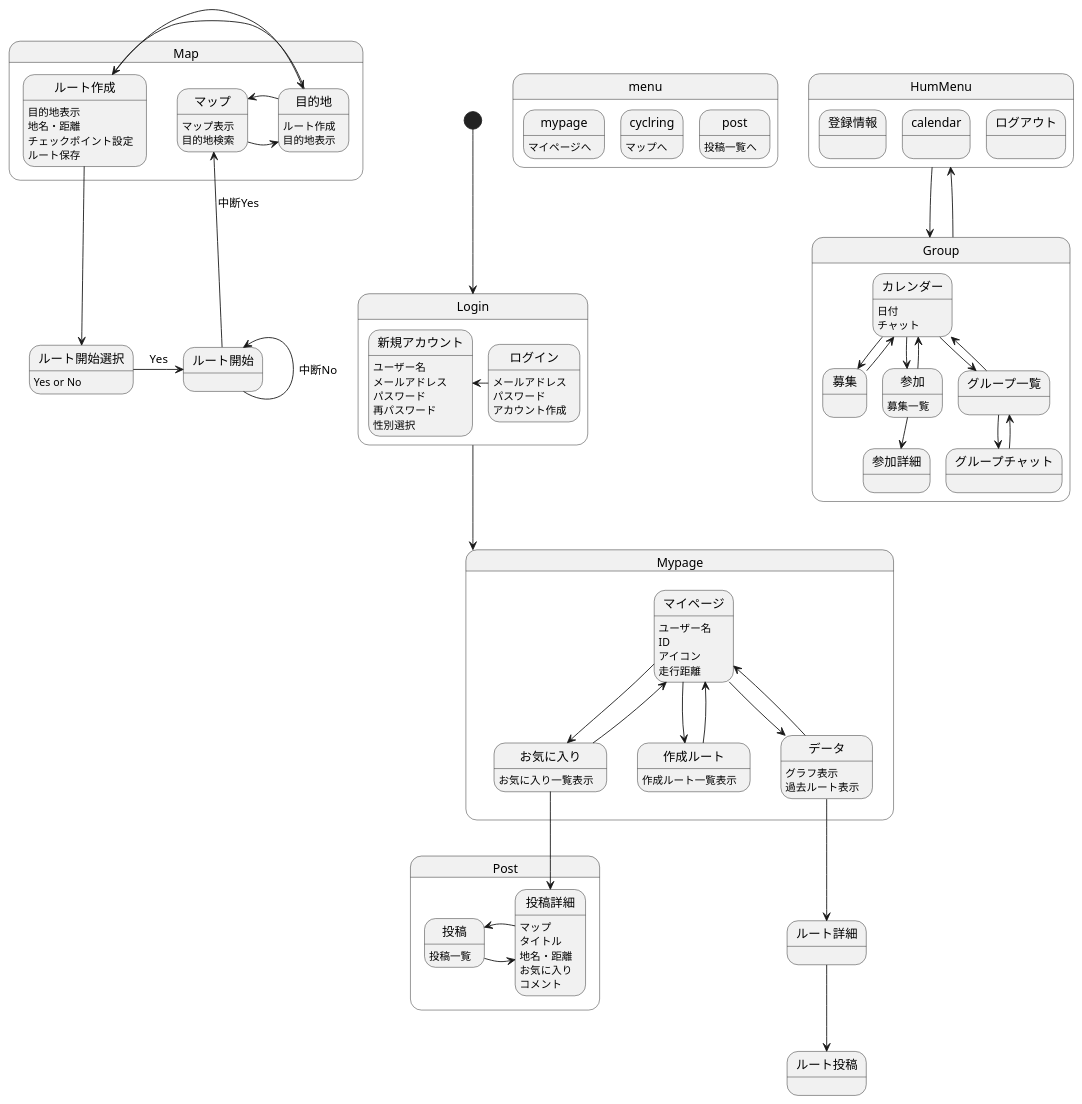
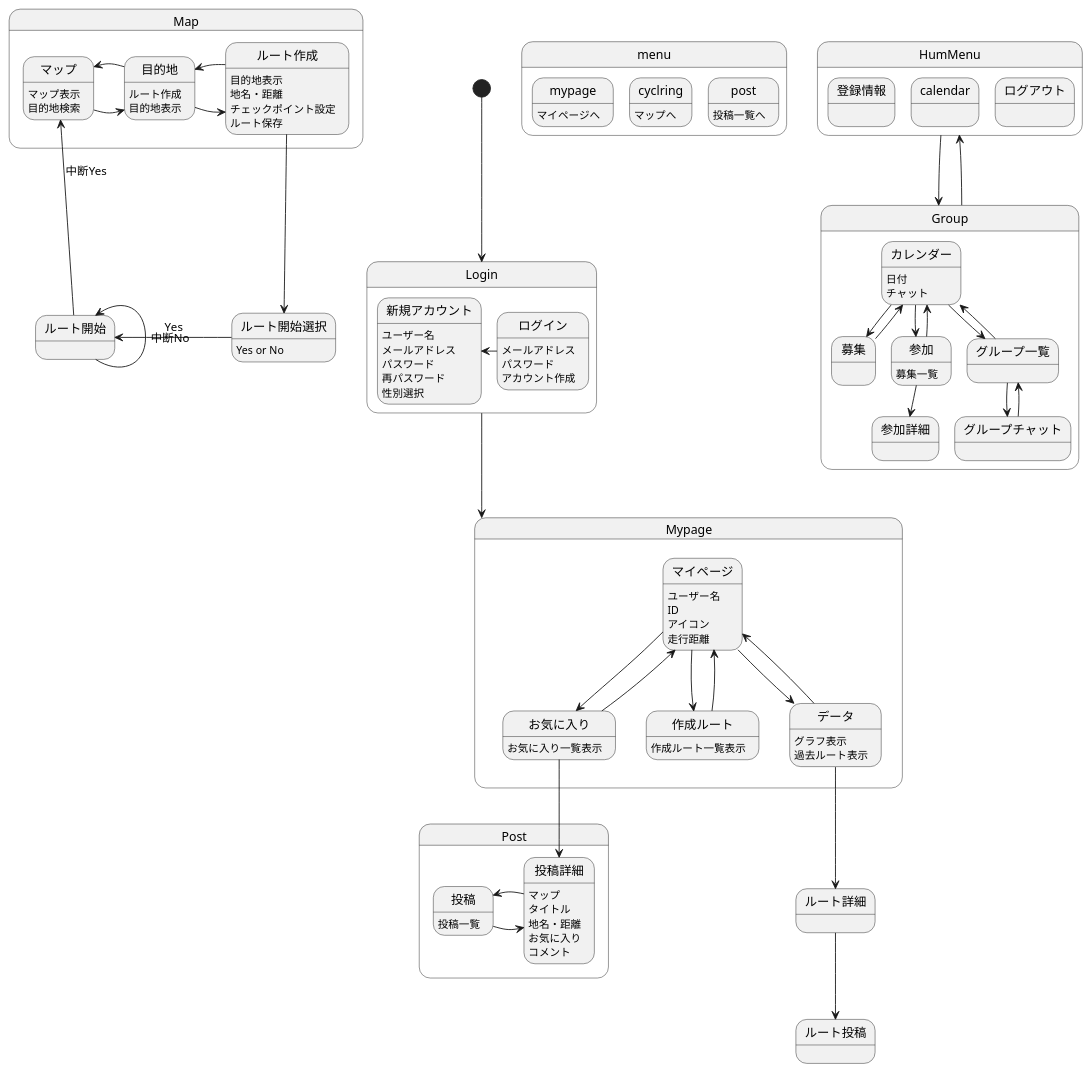
One commit to AsoSD3A3/CyclingSystem changed the diagram in 画面遷移図/gm.md. Above: the diagram before and after it, drawn with PlantUML.

```diff
--- a/画面遷移図/gm.md
+++ b/画面遷移図/gm.md
@@ -84,7 +84,7 @@
 }
 ルート作成-down->ルート開始選択
 ルート開始選択:Yes or No
-ルート開始選択-right->ルート開始 :Yes
+ルート開始選択-left->ルート開始 :Yes
 
 ルート開始-up->ルート開始 :中断No
 ルート開始-up->マップ :中断Yes
```
